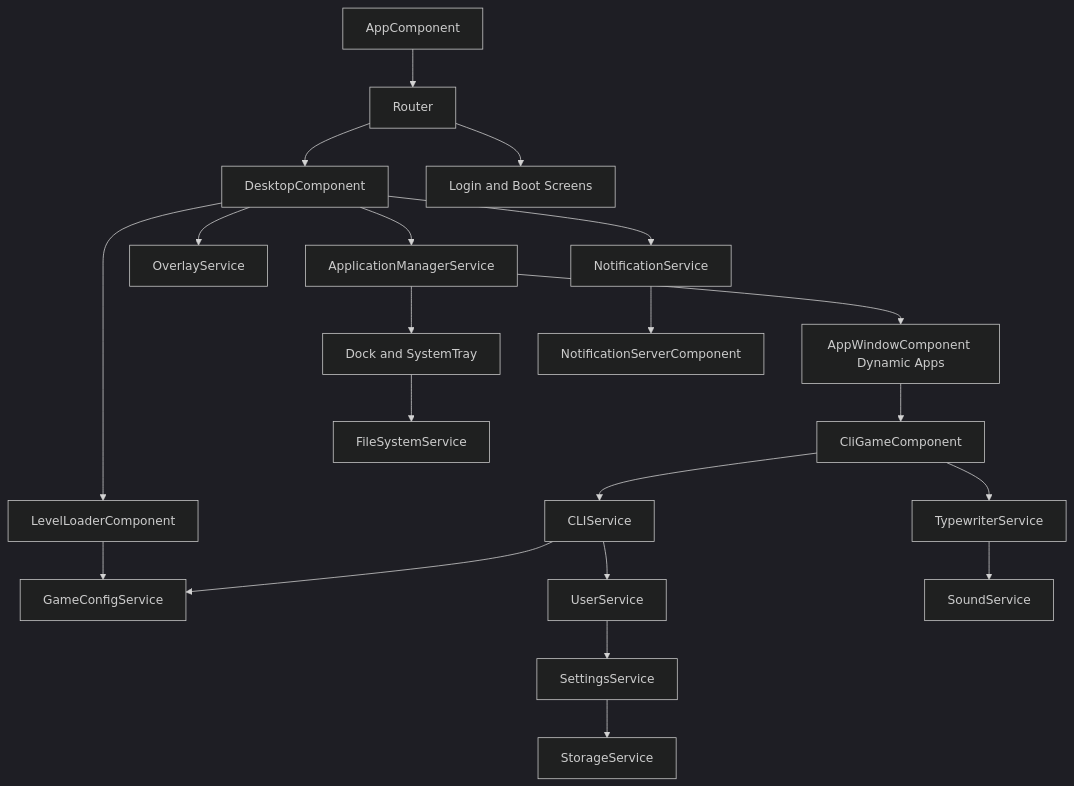
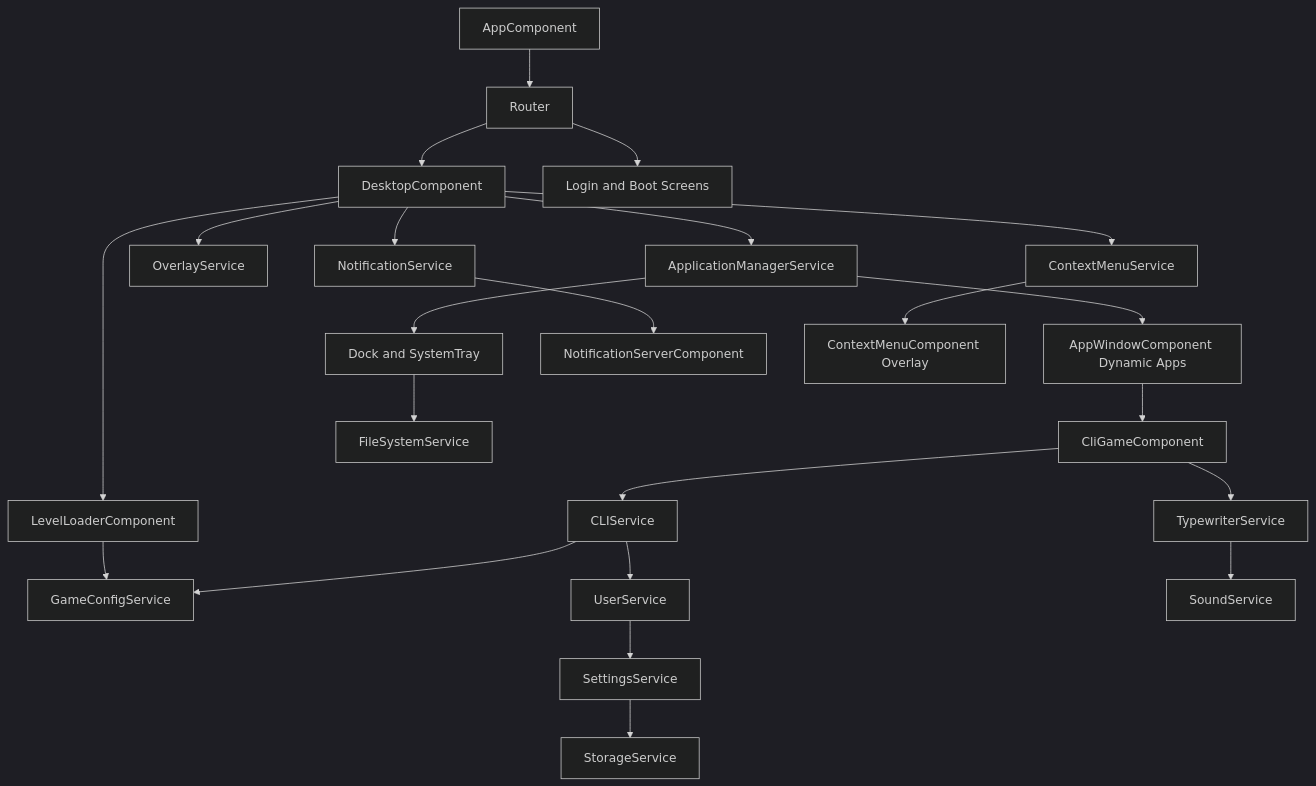
The diagram in docs/ARCHITECTURE/OVERVIEW.md (ColinMichaels/ColinMichaels-Angular), drawn with Mermaid (dark theme) before and after one commit. The commit also changed 21 other files, not shown here.

First line of the commit message:
move context menu ownership into core os

````diff
--- a/docs/ARCHITECTURE/OVERVIEW.md
+++ b/docs/ARCHITECTURE/OVERVIEW.md
@@ -82,30 +82,33 @@
 ```mermaid
 graph TD
   A[AppComponent] --> B[Router]
   B --> C[DesktopComponent]
   B --> D[Login and Boot Screens]
 
   C --> E[ApplicationManagerService]
   E --> F[AppWindowComponent Dynamic Apps]
   E --> G[Dock and SystemTray]
 
   C --> H[LevelLoaderComponent]
   H --> I[GameConfigService]
 
   F --> J[CliGameComponent]
   J --> K[CLIService]
   K --> I
   K --> L[UserService]
 
   J --> M[TypewriterService]
   M --> N[SoundService]
 
   L --> O[SettingsService]
   O --> P[StorageService]
 
   C --> Q[OverlayService]
   C --> R[NotificationService]
   R --> S[NotificationServerComponent]
 
+  C --> U[ContextMenuService]
+  U --> V[ContextMenuComponent Overlay]
+
   G --> T[FileSystemService]
 ```
````
